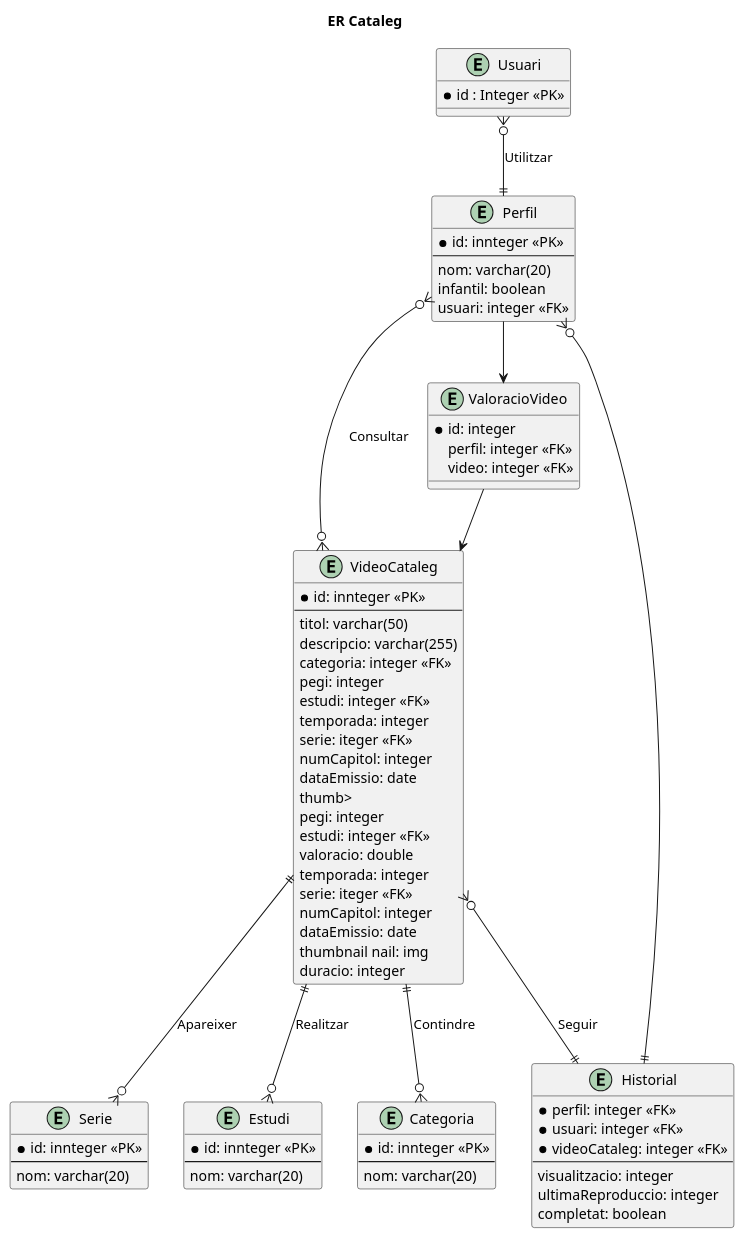
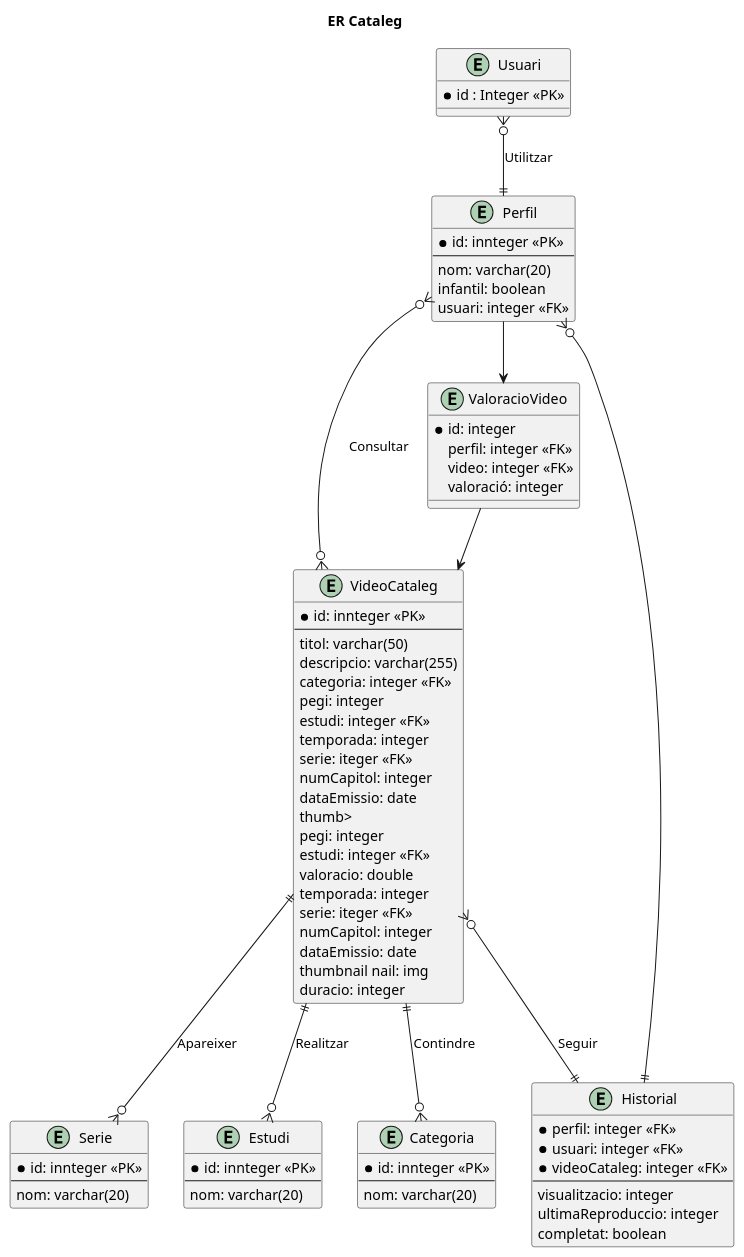
One commit to Toxolo/ProyecteIntermodular changed the diagram in doc/ER/ER-Cataleg.md. Above: the diagram before and after it, drawn with PlantUML. The commit also changed 3 other files, not shown here.

```diff
--- a/doc/ER/ER-Cataleg.md
+++ b/doc/ER/ER-Cataleg.md
@@ -34,6 +34,7 @@
     *id: integer
     perfil: integer <<FK>>
     video: integer <<FK>>
+    valoració: integer
 }
 
 entity Serie{
```
